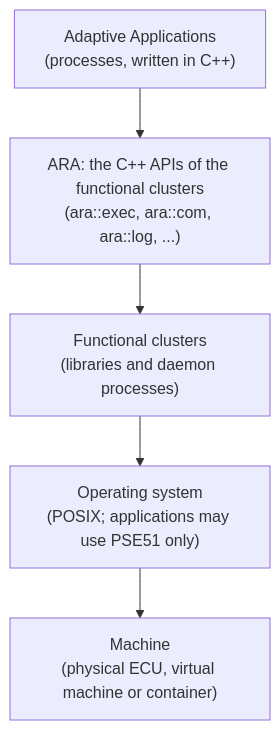
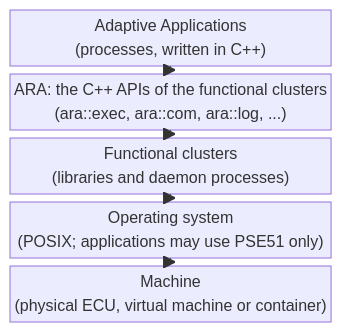
The first of 7 diagrams in guides/00_LearningPath.md (cavoidcodon/adaptive-guides), drawn with Mermaid before and after one commit. The commit also changed other lines of this file, not shown here.

````diff
--- a/guides/00_LearningPath.md
+++ b/guides/00_LearningPath.md
@@ -157,9 +148,13 @@
 ```mermaid
-flowchart TB
+block-beta
+columns 1
     APP["Adaptive Applications<br/>(processes, written in C++)"]
     ARA["ARA: the C++ APIs of the functional clusters<br/>(ara::exec, ara::com, ara::log, ...)"]
     FC["Functional clusters<br/>(libraries and daemon processes)"]
     OS["Operating system<br/>(POSIX; applications may use PSE51 only)"]
     MACH["Machine<br/>(physical ECU, virtual machine or container)"]
-    APP --> ARA --> FC --> OS --> MACH
+    APP --> ARA
+    ARA --> FC
+    FC --> OS
+    OS --> MACH
 ```
````
